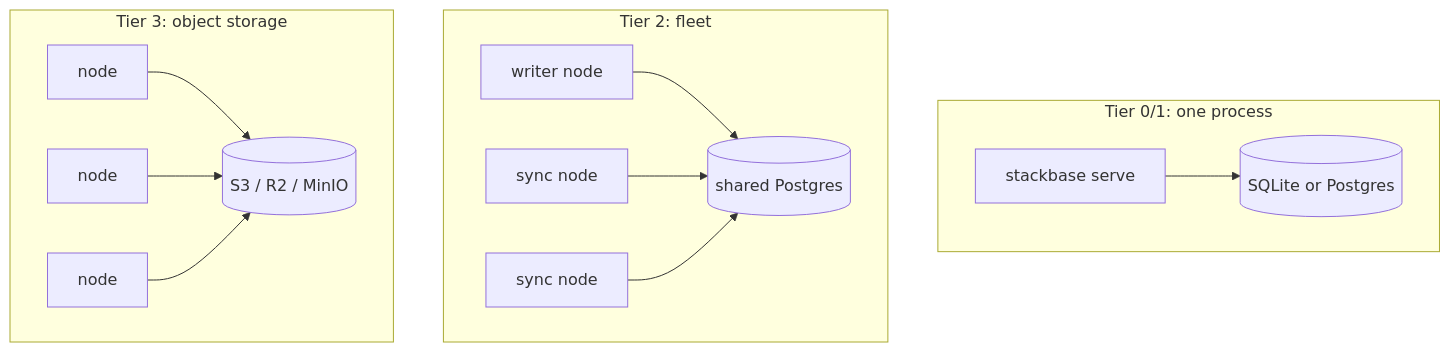
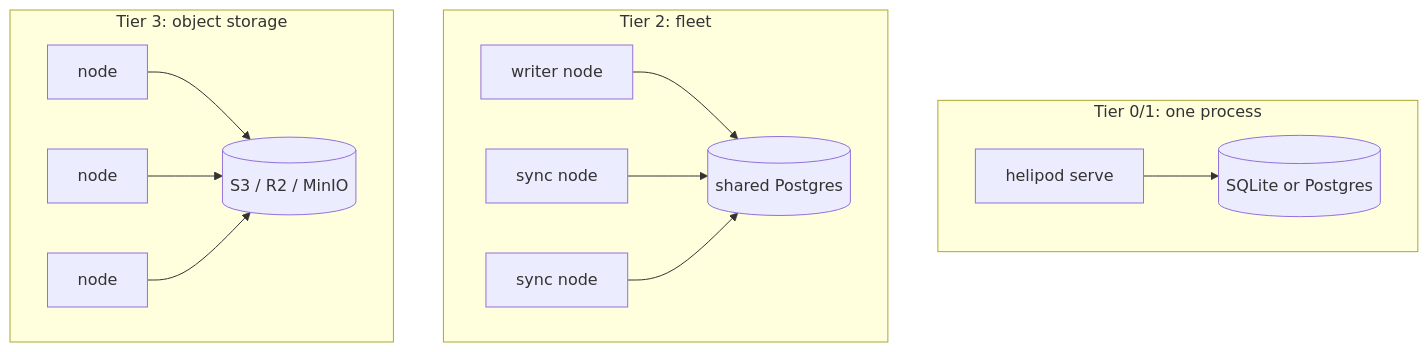
The first of 2 diagrams in website/content/docs/deploy/scaling.mdx (helipod-sh/helipod), drawn with Mermaid before and after one commit. The commit also changed other lines of this file and 1141 other files, not shown here.

First line of the commit message:
feat: rename project from stackbase to helipod

````diff
--- a/website/content/docs/deploy/scaling.mdx
+++ b/website/content/docs/deploy/scaling.mdx
@@ -32,16 +32,16 @@
 ```mermaid
 flowchart TB
   subgraph T1["Tier 0/1: one process"]
-    A1["stackbase serve"] --> D1[("SQLite or Postgres")]
+    A1["helipod serve"] --> D1[("SQLite or Postgres")]
   end
   subgraph T2["Tier 2: fleet"]
     W["writer node"] --> PG[("shared Postgres")]
     Y1["sync node"] --> PG
     Y2["sync node"] --> PG
   end
   subgraph T3["Tier 3: object storage"]
     N1["node"] --> OS[("S3 / R2 / MinIO")]
     N2["node"] --> OS
     N3["node"] --> OS
   end
 ```
````
